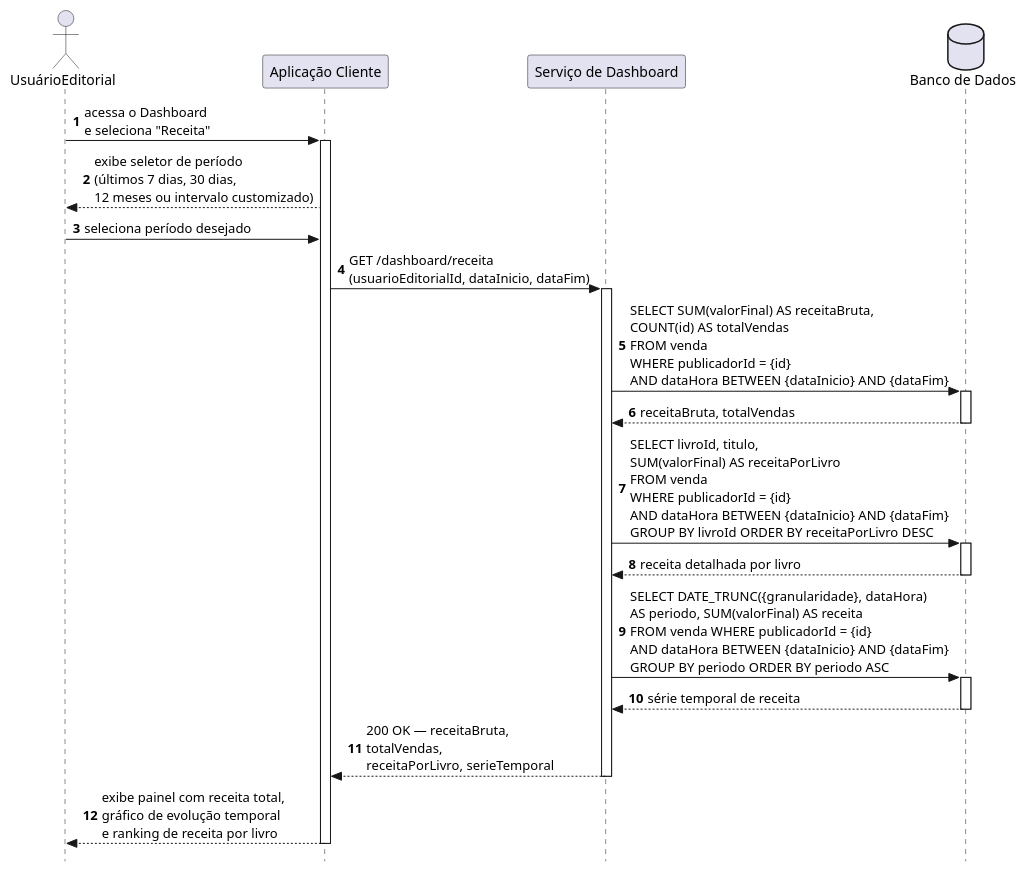
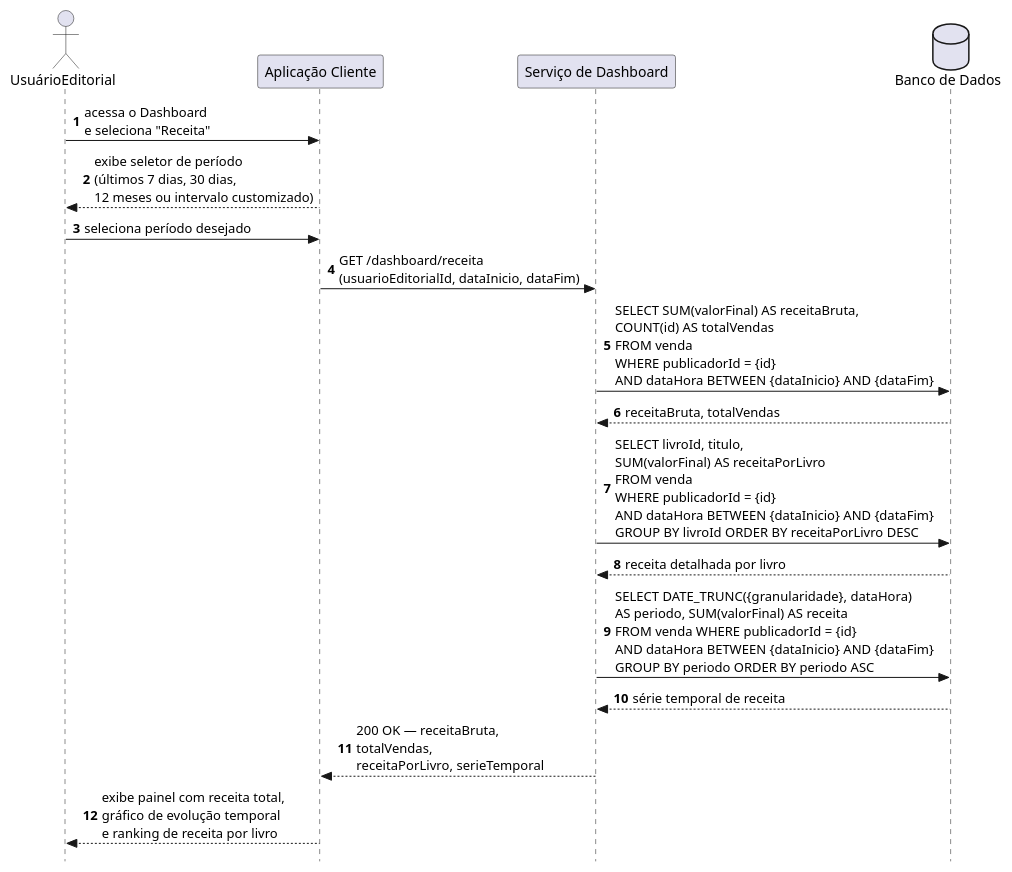
Before and after one commit to jalv21/iLib: the diagram in docs/codigo-plantuml/diagramas-comunicacao/dashboard/dc-calcular_receita.puml, drawn with PlantUML.

Commit message:
docs/criando diagrama de comunicação para calcular receita

```diff
--- a/docs/codigo-plantuml/diagramas-comunicacao/dashboard/dc-calcular_receita.puml
+++ b/docs/codigo-plantuml/diagramas-comunicacao/dashboard/dc-calcular_receita.puml
@@ -1,41 +1,31 @@
-@startuml ds-calcular_receita
+@startuml dc-calcular_receita
 autonumber
 skinparam style strictuml
 
 actor UsuarioEditorial as "UsuárioEditorial"
 participant Client            as "Aplicação Cliente"
 participant ServiceDashboard  as "Serviço de Dashboard"
 database    BD                as "Banco de Dados"
 
 UsuarioEditorial -> Client : acessa o Dashboard\ne seleciona "Receita"
-activate Client
 
 Client --> UsuarioEditorial : exibe seletor de período\n(últimos 7 dias, 30 dias,\n12 meses ou intervalo customizado)
 
 UsuarioEditorial -> Client : seleciona período desejado
 
 Client -> ServiceDashboard : GET /dashboard/receita\n(usuarioEditorialId, dataInicio, dataFim)
-activate ServiceDashboard
 
 ServiceDashboard -> BD : SELECT SUM(valorFinal) AS receitaBruta,\nCOUNT(id) AS totalVendas\nFROM venda\nWHERE publicadorId = {id}\nAND dataHora BETWEEN {dataInicio} AND {dataFim}
-activate BD
 BD --> ServiceDashboard : receitaBruta, totalVendas
-deactivate BD
 
 ServiceDashboard -> BD : SELECT livroId, titulo,\nSUM(valorFinal) AS receitaPorLivro\nFROM venda\nWHERE publicadorId = {id}\nAND dataHora BETWEEN {dataInicio} AND {dataFim}\nGROUP BY livroId ORDER BY receitaPorLivro DESC
-activate BD
 BD --> ServiceDashboard : receita detalhada por livro
-deactivate BD
 
 ServiceDashboard -> BD : SELECT DATE_TRUNC({granularidade}, dataHora)\nAS periodo, SUM(valorFinal) AS receita\nFROM venda WHERE publicadorId = {id}\nAND dataHora BETWEEN {dataInicio} AND {dataFim}\nGROUP BY periodo ORDER BY periodo ASC
-activate BD
 BD --> ServiceDashboard : série temporal de receita
-deactivate BD
 
 ServiceDashboard --> Client : 200 OK — receitaBruta,\ntotalVendas,\nreceitaPorLivro, serieTemporal
-deactivate ServiceDashboard
 
 Client --> UsuarioEditorial : exibe painel com receita total,\ngráfico de evolução temporal\ne ranking de receita por livro
-deactivate Client
 
 @enduml
```
